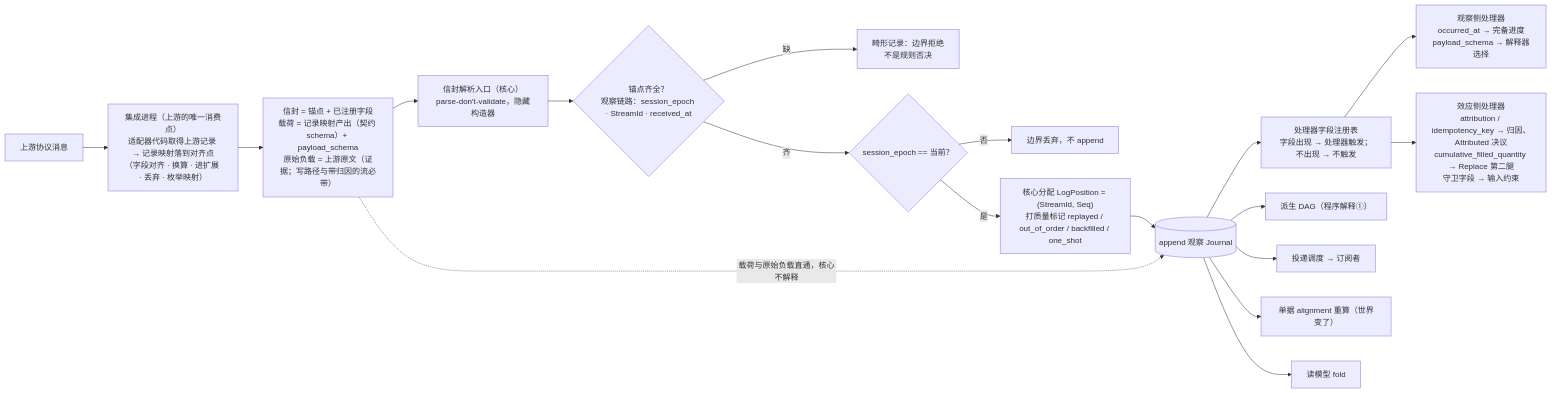
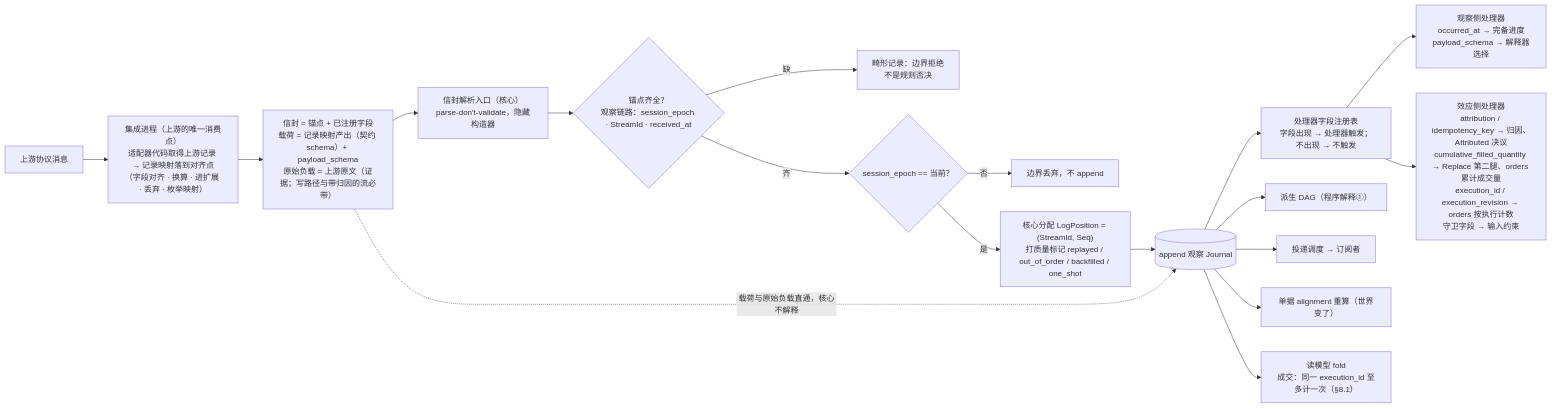
Before and after one commit to mouriya-s-lab/uta: the first of 4 diagrams in design/diagrams/02-record-model.md, drawn with Mermaid. The commit also changed 9 other files, not shown here.

Commit message:
design: fill identity contract — execution_id/execution_revision envelope fields, per-execution fills vs cumulative order status, dedup and completeness rules

````diff
--- a/design/diagrams/02-record-model.md
+++ b/design/diagrams/02-record-model.md
@@ -9,20 +9,20 @@
 ```mermaid
 flowchart LR
   UP["上游协议消息"] --> INT["集成进程（上游的唯一消费点）<br/>适配器代码取得上游记录 → 记录映射落到对齐点<br/>（字段对齐 · 换算 · 进扩展 · 丢弃 · 枚举映射）"]
   INT --> ENV["信封 = 锚点 + 已注册字段<br/>载荷 = 记录映射产出（契约 schema）+ payload_schema<br/>原始负载 = 上游原文（证据；写路径与带归因的流必带）"]
   ENV --> PARSE["信封解析入口（核心）<br/>parse-don't-validate，隐藏构造器"]
   PARSE --> ANCH{"锚点齐全？<br/>观察链路：session_epoch · StreamId · received_at"}
   ANCH -->|"缺"| MAL["畸形记录：边界拒绝<br/>不是规则否决"]
   ANCH -->|"齐"| EPOCH{"session_epoch == 当前？"}
   EPOCH -->|"否"| DROP["边界丢弃，不 append"]
   EPOCH -->|"是"| POS["核心分配 LogPosition = (StreamId, Seq)<br/>打质量标记 replayed / out_of_order / backfilled / one_shot"]
   POS --> APPEND[("append 观察 Journal")]
   APPEND --> REG["处理器字段注册表<br/>字段出现 → 处理器触发；不出现 → 不触发"]
   REG --> OH["观察侧处理器<br/>occurred_at → 完备进度<br/>payload_schema → 解释器选择"]
-  REG --> EH["效应侧处理器<br/>attribution / idempotency_key → 归因、Attributed 决议<br/>cumulative_filled_quantity → Replace 第二腿<br/>守卫字段 → 输入约束"]
+  REG --> EH["效应侧处理器<br/>attribution / idempotency_key → 归因、Attributed 决议<br/>cumulative_filled_quantity → Replace 第二腿、orders 累计成交量<br/>execution_id / execution_revision → orders 按执行计数<br/>守卫字段 → 输入约束"]
   APPEND --> DAG["派生 DAG（程序解释①）"]
   APPEND --> DELIV["投递调度 → 订阅者"]
   APPEND --> TKT["单据 alignment 重算（世界变了）"]
-  APPEND --> RM["读模型 fold"]
+  APPEND --> RM["读模型 fold<br/>成交：同一 execution_id 至多计一次（§8.1）"]
   ENV -.->|"载荷与原始负载直通，核心不解释"| APPEND
 ```
````
